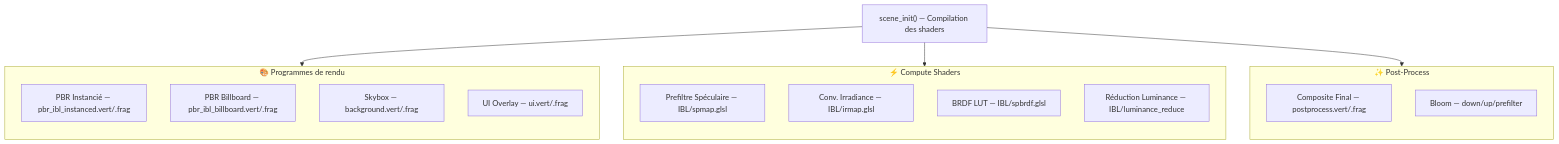
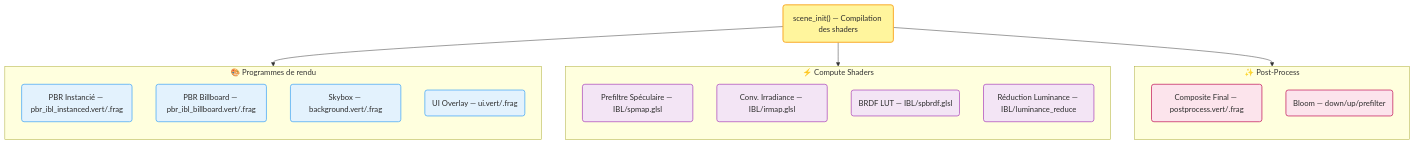
The seventh of 17 diagrams in content/suckless-ogl-anatomie-frame.md (yoyonel/blog_source), drawn with Mermaid before and after one commit. The commit also changed other lines of this file and 4 other files, not shown here.

First line of the commit message:
refactor(mermaid): hand-drawn style + forced light mode for all browsers

```diff
--- a/content/suckless-ogl-anatomie-frame.md
+++ b/content/suckless-ogl-anatomie-frame.md
@@ -410,28 +437,38 @@
 <pre class="mermaid">
 graph TD
-    INIT["scene_init() — Compilation des shaders"] --> REND
+    INIT("scene_init() — Compilation des shaders") --> REND
     INIT --> COMP
     INIT --> POST
 
     subgraph REND ["🎨 Programmes de rendu"]
         direction TB
-        PBR["PBR Instancié — pbr_ibl_instanced.vert/.frag"]
-        BB["PBR Billboard — pbr_ibl_billboard.vert/.frag"]
-        SKY["Skybox — background.vert/.frag"]
-        UI["UI Overlay — ui.vert/.frag"]
+        PBR("PBR Instancié — pbr_ibl_instanced.vert/.frag")
+        BB("PBR Billboard — pbr_ibl_billboard.vert/.frag")
+        SKY("Skybox — background.vert/.frag")
+        UI("UI Overlay — ui.vert/.frag")
     end
 
     subgraph COMP ["⚡ Compute Shaders"]
         direction TB
-        SPMAP["Prefiltre Spéculaire — IBL/spmap.glsl"]
-        IRMAP["Conv. Irradiance — IBL/irmap.glsl"]
-        BRDF["BRDF LUT — IBL/spbrdf.glsl"]
-        LUM["Réduction Luminance — IBL/luminance_reduce"]
+        SPMAP("Prefiltre Spéculaire — IBL/spmap.glsl")
+        IRMAP("Conv. Irradiance — IBL/irmap.glsl")
+        BRDF("BRDF LUT — IBL/spbrdf.glsl")
+        LUM("Réduction Luminance — IBL/luminance_reduce")
     end
 
     subgraph POST ["✨ Post-Process"]
         direction TB
-        PP["Composite Final — postprocess.vert/.frag"]
-        BL["Bloom — down/up/prefilter"]
+        PP("Composite Final — postprocess.vert/.frag")
+        BL("Bloom — down/up/prefilter")
     end
+
+    classDef keyFunc fill:#fff59d,stroke:#f9a825,stroke-width:2px,color:#2d2d2d
+    classDef render fill:#e3f2fd,stroke:#42a5f5,stroke-width:1.5px,color:#2d2d2d
+    classDef compute fill:#f3e5f5,stroke:#ab47bc,stroke-width:1.5px,color:#2d2d2d
+    classDef postfx fill:#fce4ec,stroke:#c2185b,stroke-width:1.5px,color:#2d2d2d
+
+    class INIT keyFunc
+    class PBR,BB,SKY,UI render
+    class SPMAP,IRMAP,BRDF,LUM compute
+    class PP,BL postfx
 </pre>
```
